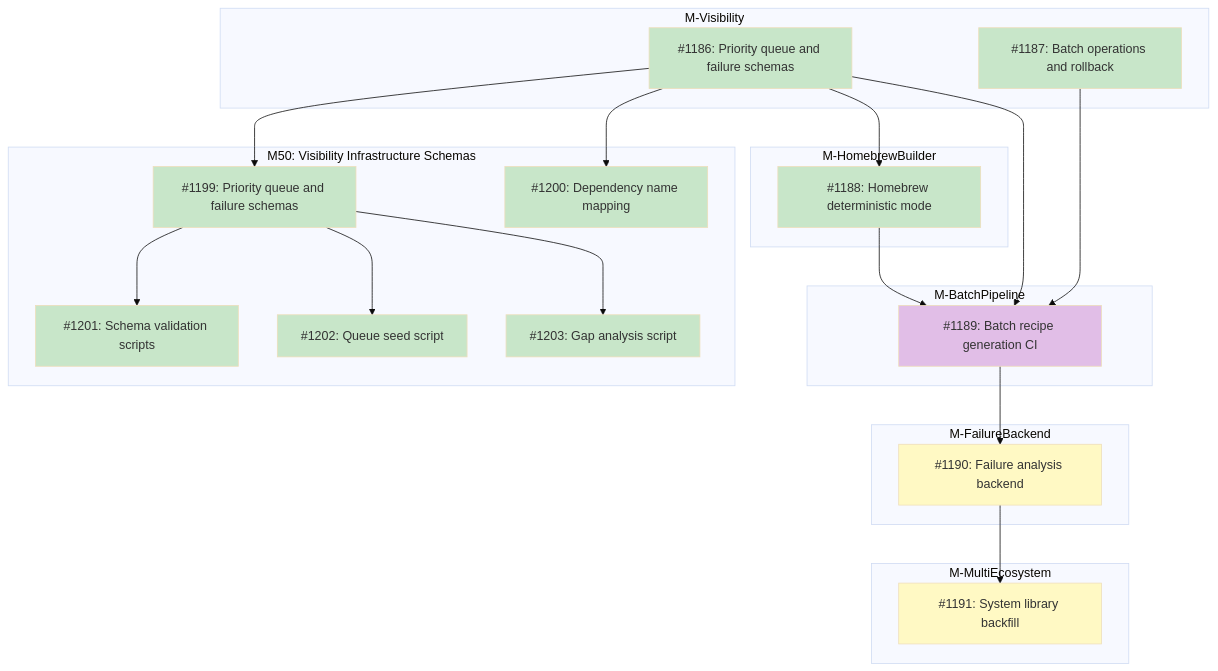
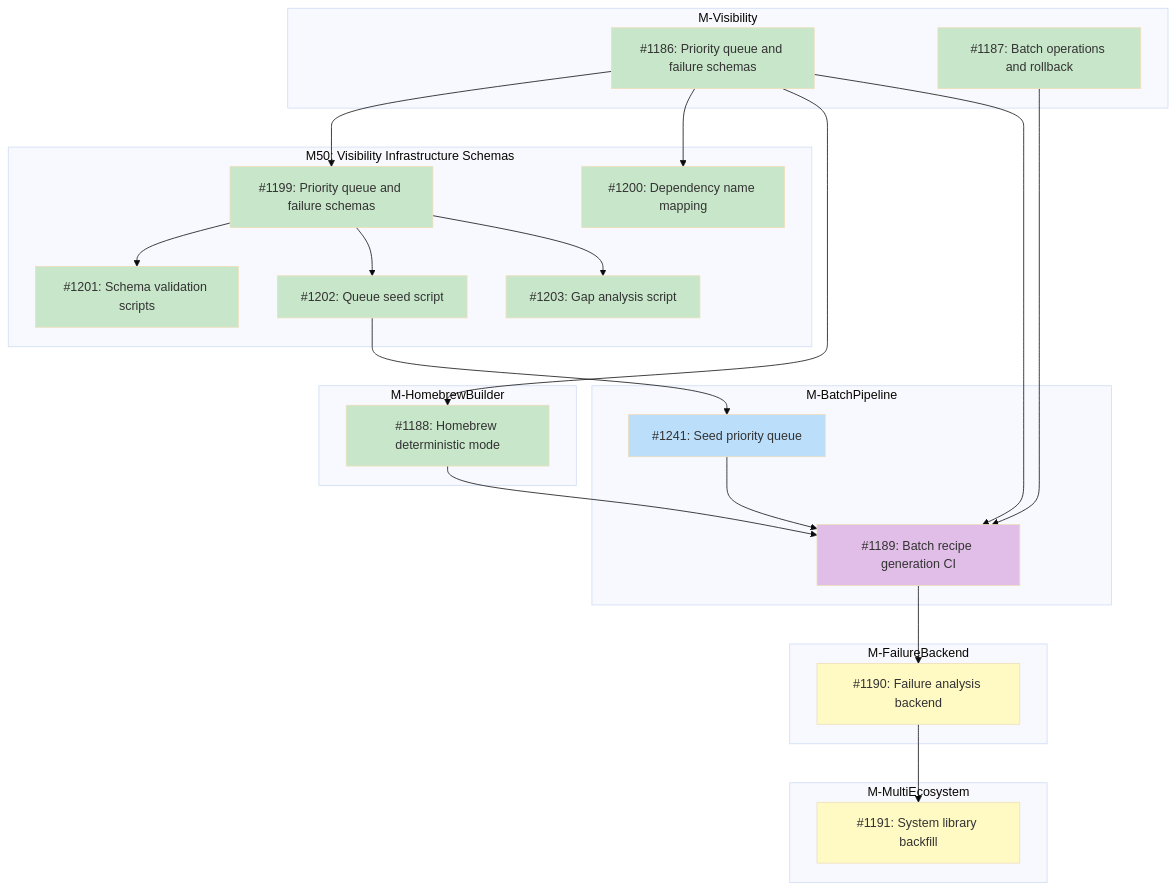
The diagram in docs/designs/DESIGN-registry-scale-strategy.md (tsukumogami/tsuku), drawn with Mermaid (base theme) before and after one commit. The commit also changed other lines of this file, not shown here.

Commit message:
docs(design): add queue seeding issue #1241 to registry scale strategy
The batch generation pipeline (#1189) reads from data/priority-queue.json,
but nothing populates it. Added #1241 as a prerequisite that extends the
existing seed script to cover all ecosystems and commits the initial queue.

````diff
--- a/docs/designs/DESIGN-registry-scale-strategy.md
+++ b/docs/designs/DESIGN-registry-scale-strategy.md
@@ -67,58 +68,62 @@
 ```mermaid
 graph TD
     subgraph M_Visibility["M-Visibility"]
         I1186["#1186: Priority queue and failure schemas"]
         I1187["#1187: Batch operations and rollback"]
     end
 
     subgraph M50["M50: Visibility Infrastructure Schemas"]
         I1199["#1199: Priority queue and failure schemas"]
         I1200["#1200: Dependency name mapping"]
         I1201["#1201: Schema validation scripts"]
         I1202["#1202: Queue seed script"]
         I1203["#1203: Gap analysis script"]
     end
 
     subgraph M_HomebrewBuilder["M-HomebrewBuilder"]
         I1188["#1188: Homebrew deterministic mode"]
     end
 
     subgraph M_BatchPipeline["M-BatchPipeline"]
+        I1241["#1241: Seed priority queue"]
         I1189["#1189: Batch recipe generation CI"]
     end
 
     subgraph M_FailureBackend["M-FailureBackend"]
         I1190["#1190: Failure analysis backend"]
     end
 
     subgraph M_MultiEcosystem["M-MultiEcosystem"]
         I1191["#1191: System library backfill"]
     end
 
     I1186 --> I1199
     I1186 --> I1200
     I1199 --> I1201
     I1199 --> I1202
     I1199 --> I1203
     I1186 --> I1188
     I1186 --> I1189
     I1187 --> I1189
+    I1202 --> I1241
     I1188 --> I1189
+    I1241 --> I1189
     I1189 --> I1190
     I1190 --> I1191
 
     classDef done fill:#c8e6c9
     classDef ready fill:#bbdefb
     classDef blocked fill:#fff9c4
     classDef needsDesign fill:#e1bee7
 
     class I1186,I1187 done
     class I1200 done
     class I1199 done
     class I1188 done
     class I1201 done
     class I1202 done
     class I1203 done
+    class I1241 ready
     class I1189 needsDesign
     class I1190,I1191 blocked
 ```
````
